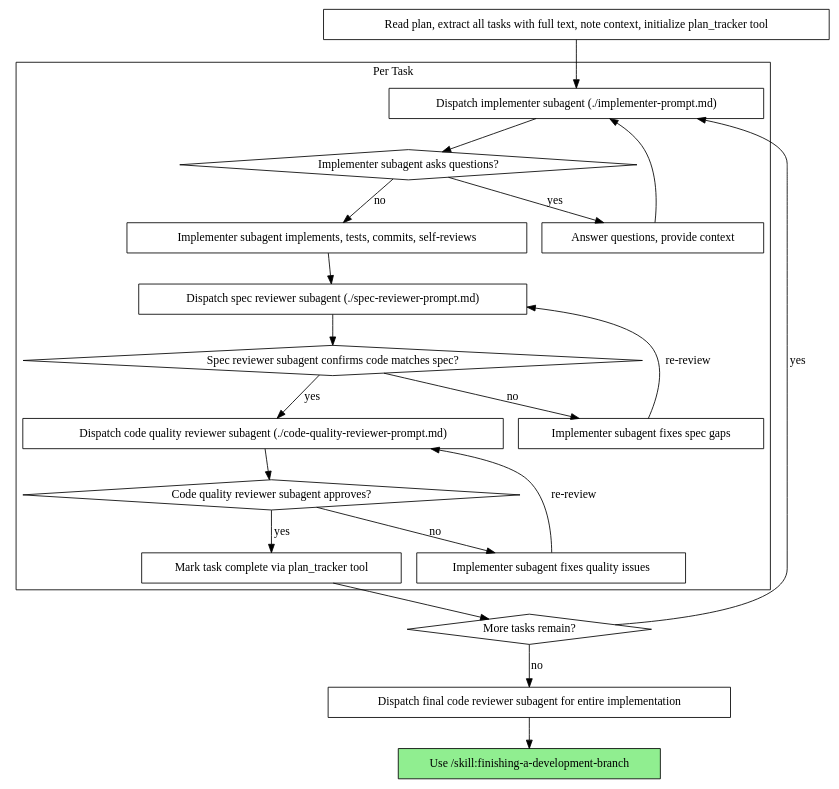
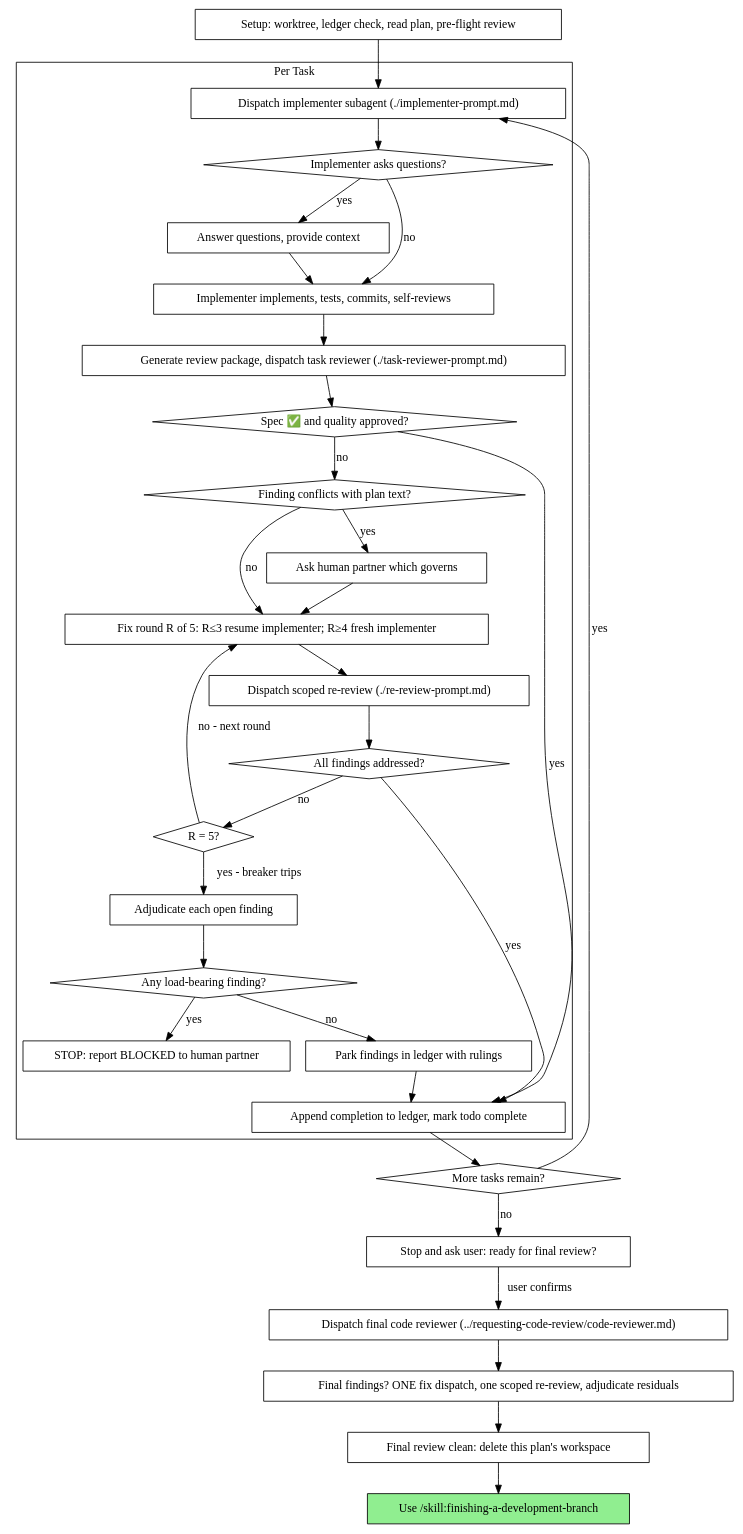
The second of 2 diagrams in skills/subagent-driven-development/SKILL.md (johnstegeman/pi-superpowers-plus), drawn with Graphviz before and after one commit. The commit also changed other lines of this file, not shown here.

First line of the commit message:
feat(sdd): replace two-stage review with reworked unified-reviewer model

````diff
--- a/skills/subagent-driven-development/SKILL.md
+++ b/skills/subagent-driven-development/SKILL.md
@@ -50,44 +57,64 @@
 ```dot
 digraph process {
     rankdir=TB;
 
     subgraph cluster_per_task {
         label="Per Task";
         "Dispatch implementer subagent (./implementer-prompt.md)" [shape=box];
-        "Implementer subagent asks questions?" [shape=diamond];
+        "Implementer asks questions?" [shape=diamond];
         "Answer questions, provide context" [shape=box];
-        "Implementer subagent implements, tests, commits, self-reviews" [shape=box];
-        "Dispatch spec reviewer subagent (./spec-reviewer-prompt.md)" [shape=box];
-        "Spec reviewer subagent confirms code matches spec?" [shape=diamond];
-        "Implementer subagent fixes spec gaps" [shape=box];
-        "Dispatch code quality reviewer subagent (./code-quality-reviewer-prompt.md)" [shape=box];
-        "Code quality reviewer subagent approves?" [shape=diamond];
-        "Implementer subagent fixes quality issues" [shape=box];
-        "Mark task complete via plan_tracker tool" [shape=box];
+        "Implementer implements, tests, commits, self-reviews" [shape=box];
+        "Generate review package, dispatch task reviewer (./task-reviewer-prompt.md)" [shape=box];
+        "Spec ✅ and quality approved?" [shape=diamond];
+        "Finding conflicts with plan text?" [shape=diamond];
+        "Ask human partner which governs" [shape=box];
+        "Fix round R of 5: R≤3 resume implementer; R≥4 fresh implementer" [shape=box];
+        "Dispatch scoped re-review (./re-review-prompt.md)" [shape=box];
+        "All findings addressed?" [shape=diamond];
+        "R = 5?" [shape=diamond];
+        "Adjudicate each open finding" [shape=box];
+        "Any load-bearing finding?" [shape=diamond];
+        "STOP: report BLOCKED to human partner" [shape=box];
+        "Park findings in ledger with rulings" [shape=box];
+        "Append completion to ledger, mark todo complete" [shape=box];
     }
 
-    "Read plan, extract all tasks with full text, note context, initialize plan_tracker tool" [shape=box];
+    "Setup: worktree, ledger check, read plan, pre-flight review" [shape=box];
     "More tasks remain?" [shape=diamond];
-    "Dispatch final code reviewer subagent for entire implementation" [shape=box];
+    "Stop and ask user: ready for final review?" [shape=box];
+    "Dispatch final code reviewer (../requesting-code-review/code-reviewer.md)" [shape=box];
+    "Final findings? ONE fix dispatch, one scoped re-review, adjudicate residuals" [shape=box];
+    "Final review clean: delete this plan's workspace" [shape=box];
     "Use /skill:finishing-a-development-branch" [shape=box style=filled fillcolor=lightgreen];
 
-    "Read plan, extract all tasks with full text, note context, initialize plan_tracker tool" -> "Dispatch implementer subagent (./implementer-prompt.md)";
-    "Dispatch implementer subagent (./implementer-prompt.md)" -> "Implementer subagent asks questions?";
-    "Implementer subagent asks questions?" -> "Answer questions, provide context" [label="yes"];
-    "Answer questions, provide context" -> "Dispatch implementer subagent (./implementer-prompt.md)";
-    "Implementer subagent asks questions?" -> "Implementer subagent implements, tests, commits, self-reviews" [label="no"];
-    "Implementer subagent implements, tests, commits, self-reviews" -> "Dispatch spec reviewer subagent (./spec-reviewer-prompt.md)";
-    "Dispatch spec reviewer subagent (./spec-reviewer-prompt.md)" -> "Spec reviewer subagent confirms code matches spec?";
-    "Spec reviewer subagent confirms code matches spec?" -> "Implementer subagent fixes spec gaps" [label="no"];
-    "Implementer subagent fixes spec gaps" -> "Dispatch spec reviewer subagent (./spec-reviewer-prompt.md)" [label="re-review"];
-    "Spec reviewer subagent confirms code matches spec?" -> "Dispatch code quality reviewer subagent (./code-quality-reviewer-prompt.md)" [label="yes"];
-    "Dispatch code quality reviewer subagent (./code-quality-reviewer-prompt.md)" -> "Code quality reviewer subagent approves?";
-    "Code quality reviewer subagent approves?" -> "Implementer subagent fixes quality issues" [label="no"];
-    "Implementer subagent fixes quality issues" -> "Dispatch code quality reviewer subagent (./code-quality-reviewer-prompt.md)" [label="re-review"];
-    "Code quality reviewer subagent approves?" -> "Mark task complete via plan_tracker tool" [label="yes"];
-    "Mark task complete via plan_tracker tool" -> "More tasks remain?";
+    "Setup: worktree, ledger check, read plan, pre-flight review" -> "Dispatch implementer subagent (./implementer-prompt.md)";
+    "Dispatch implementer subagent (./implementer-prompt.md)" -> "Implementer asks questions?";
+    "Implementer asks questions?" -> "Answer questions, provide context" [label="yes"];
+    "Answer questions, provide context" -> "Implementer implements, tests, commits, self-reviews";
+    "Implementer asks questions?" -> "Implementer implements, tests, commits, self-reviews" [label="no"];
+    "Implementer implements, tests, commits, self-reviews" -> "Generate review package, dispatch task reviewer (./task-reviewer-prompt.md)";
+    "Generate review package, dispatch task reviewer (./task-reviewer-prompt.md)" -> "Spec ✅ and quality approved?";
+    "Spec ✅ and quality approved?" -> "Append completion to ledger, mark todo complete" [label="yes"];
+    "Spec ✅ and quality approved?" -> "Finding conflicts with plan text?" [label="no"];
+    "Finding conflicts with plan text?" -> "Ask human partner which governs" [label="yes"];
+    "Ask human partner which governs" -> "Fix round R of 5: R≤3 resume implementer; R≥4 fresh implementer";
+    "Finding conflicts with plan text?" -> "Fix round R of 5: R≤3 resume implementer; R≥4 fresh implementer" [label="no"];
+    "Fix round R of 5: R≤3 resume implementer; R≥4 fresh implementer" -> "Dispatch scoped re-review (./re-review-prompt.md)";
+    "Dispatch scoped re-review (./re-review-prompt.md)" -> "All findings addressed?";
+    "All findings addressed?" -> "Append completion to ledger, mark todo complete" [label="yes"];
+    "All findings addressed?" -> "R = 5?" [label="no"];
+    "R = 5?" -> "Fix round R of 5: R≤3 resume implementer; R≥4 fresh implementer" [label="no - next round"];
+    "R = 5?" -> "Adjudicate each open finding" [label="yes - breaker trips"];
+    "Adjudicate each open finding" -> "Any load-bearing finding?";
+    "Any load-bearing finding?" -> "STOP: report BLOCKED to human partner" [label="yes"];
+    "Any load-bearing finding?" -> "Park findings in ledger with rulings" [label="no"];
+    "Park findings in ledger with rulings" -> "Append completion to ledger, mark todo complete";
+    "Append completion to ledger, mark todo complete" -> "More tasks remain?";
     "More tasks remain?" -> "Dispatch implementer subagent (./implementer-prompt.md)" [label="yes"];
-    "More tasks remain?" -> "Dispatch final code reviewer subagent for entire implementation" [label="no"];
-    "Dispatch final code reviewer subagent for entire implementation" -> "Use /skill:finishing-a-development-branch";
+    "More tasks remain?" -> "Stop and ask user: ready for final review?" [label="no"];
+    "Stop and ask user: ready for final review?" -> "Dispatch final code reviewer (../requesting-code-review/code-reviewer.md)" [label="user confirms"];
+    "Dispatch final code reviewer (../requesting-code-review/code-reviewer.md)" -> "Final findings? ONE fix dispatch, one scoped re-review, adjudicate residuals";
+    "Final findings? ONE fix dispatch, one scoped re-review, adjudicate residuals" -> "Final review clean: delete this plan's workspace";
+    "Final review clean: delete this plan's workspace" -> "Use /skill:finishing-a-development-branch";
 }
 ```
````
